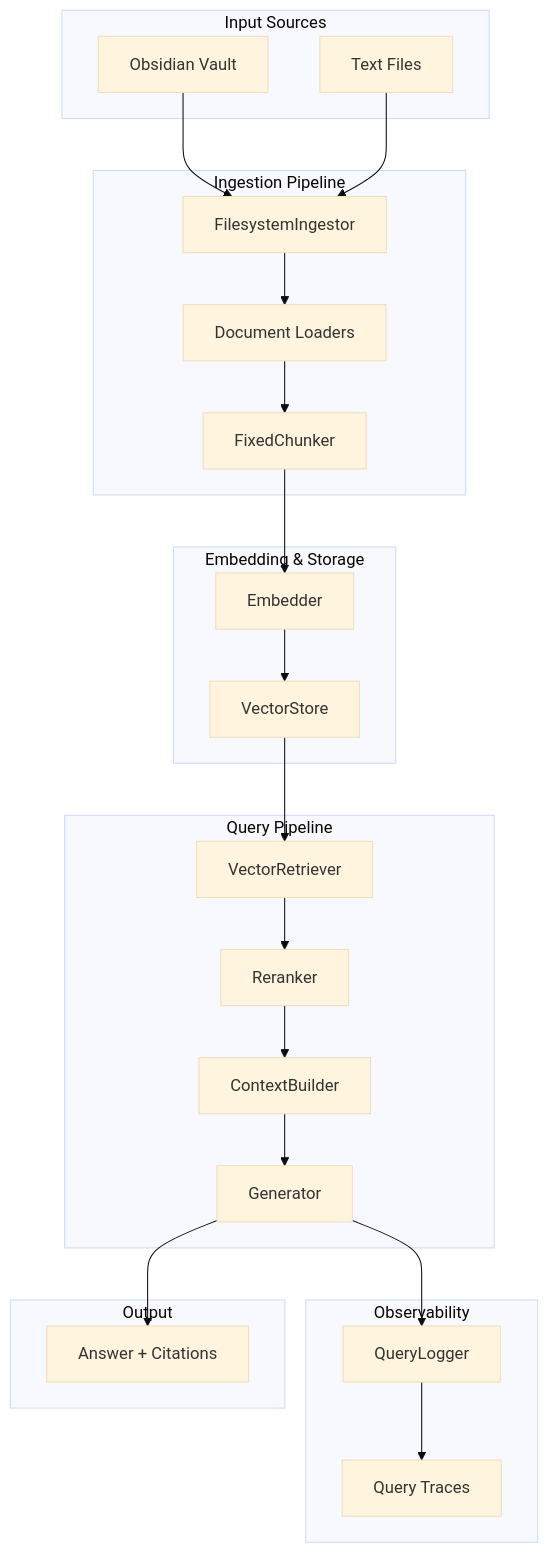
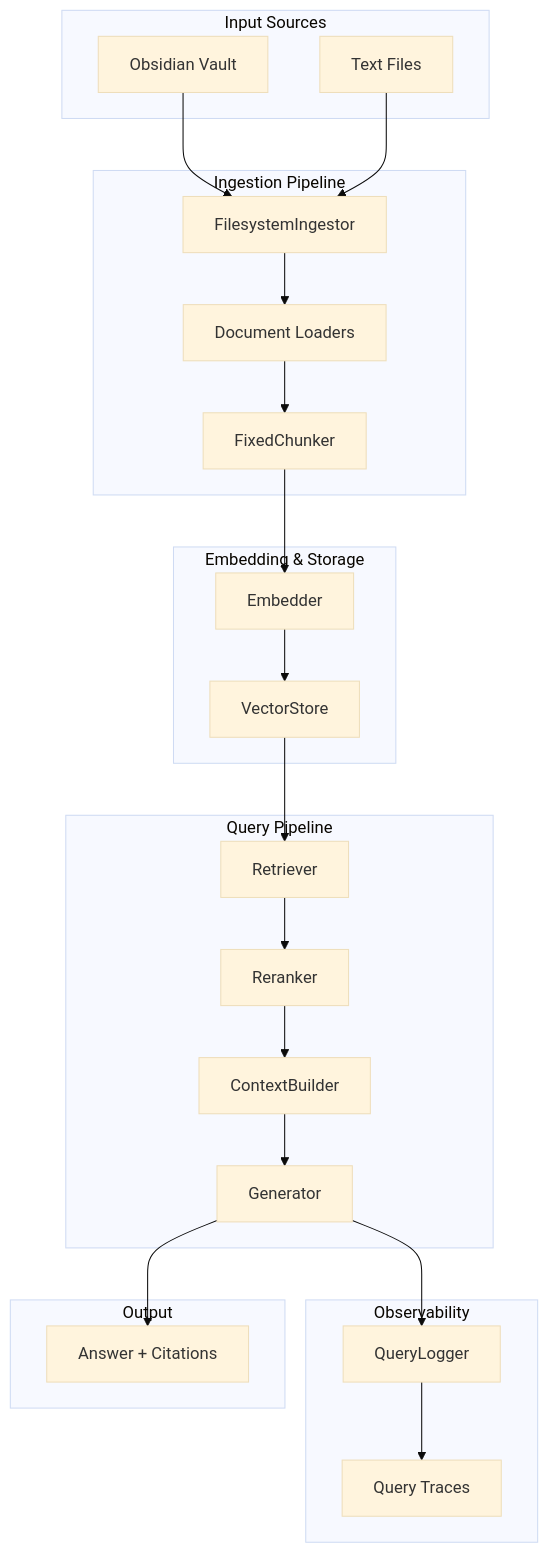
One commit to qdon314/obsidian-vault-RAG changed the second of 8 diagrams in docs/ARCHITECTURE.md. Above: the diagram before and after it, drawn with Mermaid (base theme). The commit also changed other lines of this file and 2 other files, not shown here.

````diff
--- a/docs/ARCHITECTURE.md
+++ b/docs/ARCHITECTURE.md
@@ -79,49 +79,49 @@
 ```mermaid
 graph TB
     subgraph "Input Sources"
         Vault[Obsidian Vault]
         Files[Text Files]
     end
 
     subgraph "Ingestion Pipeline"
         Ingestor[FilesystemIngestor]
         Loaders[Document Loaders]
         Chunker[FixedChunker]
     end
 
     subgraph "Embedding & Storage"
         Embedder[Embedder]
         VectorStore[VectorStore]
     end
 
     subgraph "Query Pipeline"
-        Retriever[VectorRetriever]
+        Retriever[Retriever]
         Reranker[Reranker]
         ContextBuilder[ContextBuilder]
         Generator[Generator]
     end
 
     subgraph "Observability"
         Logger[QueryLogger]
         Traces[Query Traces]
     end
 
     subgraph "Output"
         Answer[Answer + Citations]
     end
 
     Vault --> Ingestor
     Files --> Ingestor
     Ingestor --> Loaders
     Loaders --> Chunker
     Chunker --> Embedder
     Embedder --> VectorStore
 
     VectorStore --> Retriever
     Retriever --> Reranker
     Reranker --> ContextBuilder
     ContextBuilder --> Generator
     Generator --> Answer
     Generator --> Logger
     Logger --> Traces
 ```
````
